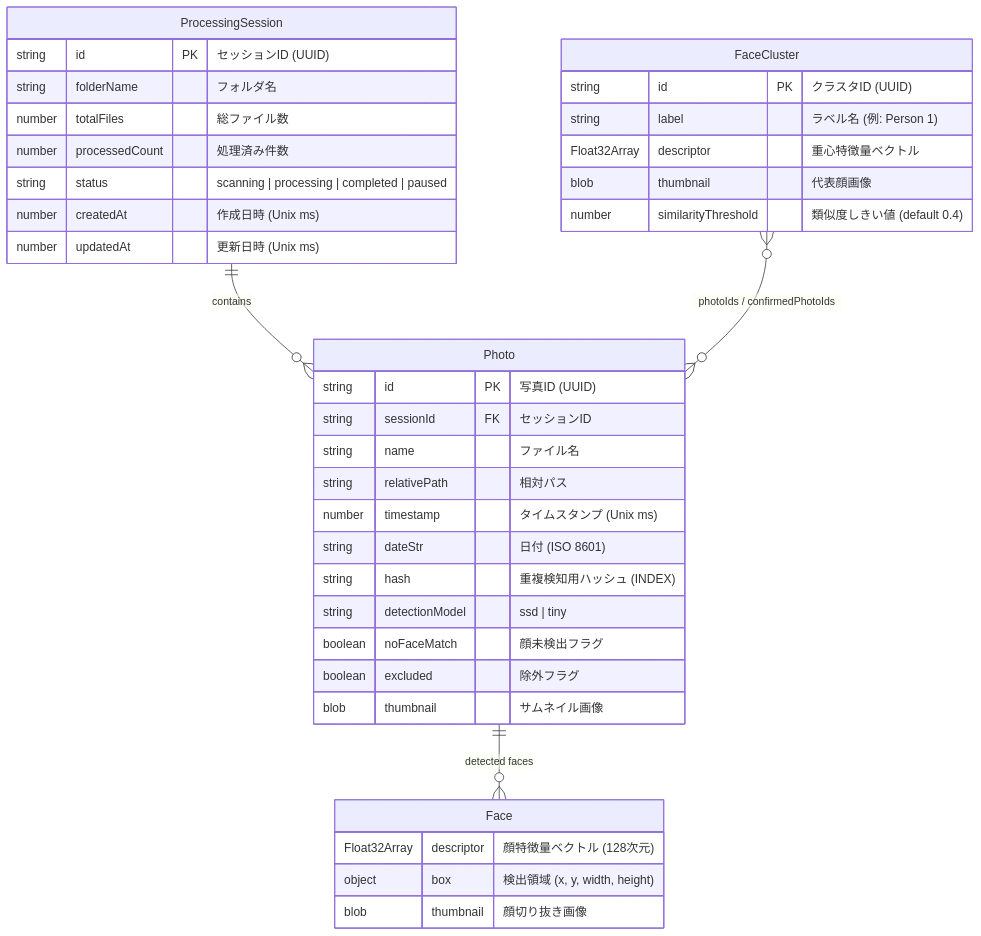
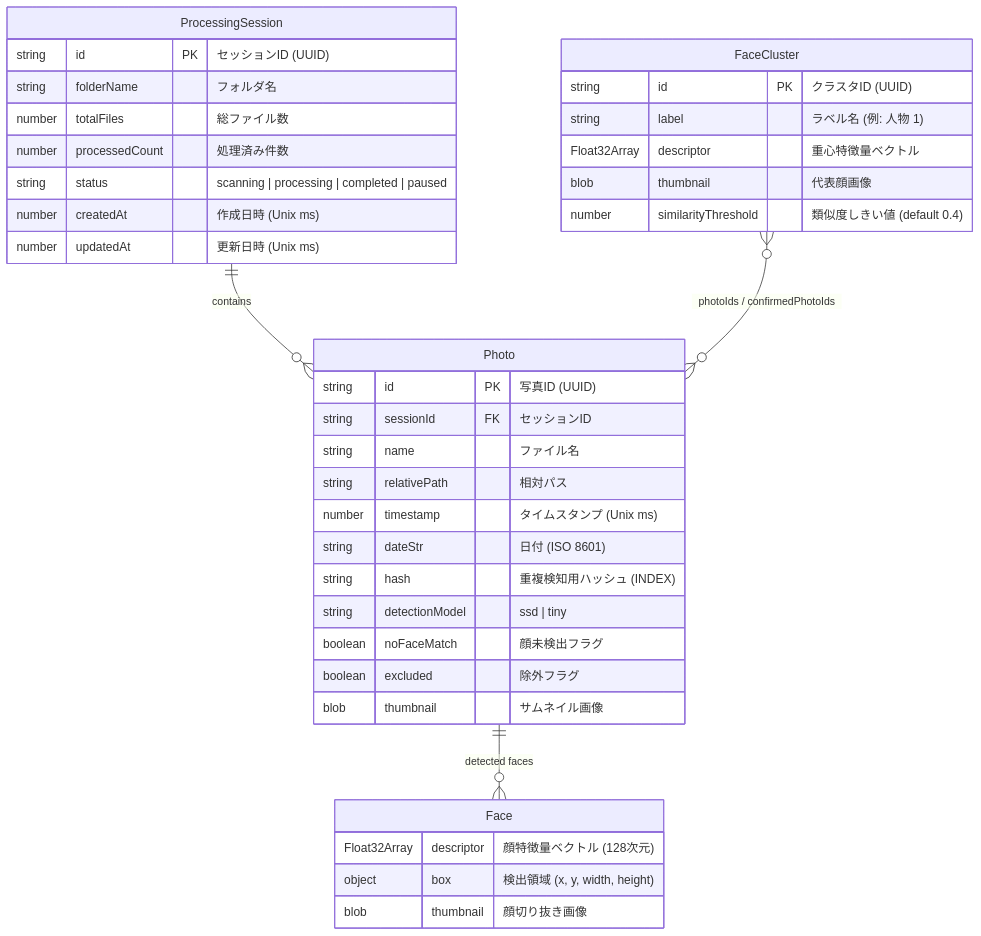
Before and after one commit to satra-11/unicorn-lax: the diagram in docs/05-er.md, drawn with Mermaid. The commit also changed 4 other files, not shown here.

````diff
--- a/docs/05-er.md
+++ b/docs/05-er.md
@@ -5,44 +5,44 @@
 ```mermaid
 erDiagram
     ProcessingSession {
         string id PK "セッションID (UUID)"
         string folderName "フォルダ名"
         number totalFiles "総ファイル数"
         number processedCount "処理済み件数"
         string status "scanning | processing | completed | paused"
         number createdAt "作成日時 (Unix ms)"
         number updatedAt "更新日時 (Unix ms)"
     }
 
     Photo {
         string id PK "写真ID (UUID)"
         string sessionId FK "セッションID"
         string name "ファイル名"
         string relativePath "相対パス"
         number timestamp "タイムスタンプ (Unix ms)"
         string dateStr "日付 (ISO 8601)"
         string hash "重複検知用ハッシュ (INDEX)"
         string detectionModel "ssd | tiny"
         boolean noFaceMatch "顔未検出フラグ"
         boolean excluded "除外フラグ"
         blob thumbnail "サムネイル画像"
     }
 
     Face {
         Float32Array descriptor "顔特徴量ベクトル (128次元)"
         object box "検出領域 (x, y, width, height)"
         blob thumbnail "顔切り抜き画像"
     }
 
     FaceCluster {
         string id PK "クラスタID (UUID)"
-        string label "ラベル名 (例: Person 1)"
+        string label "ラベル名 (例: 人物 1)"
         Float32Array descriptor "重心特徴量ベクトル"
         blob thumbnail "代表顔画像"
         number similarityThreshold "類似度しきい値 (default 0.4)"
     }
 
     ProcessingSession ||--o{ Photo : "contains"
     Photo ||--o{ Face : "detected faces"
     FaceCluster }o--o{ Photo : "photoIds / confirmedPhotoIds"
 ```
````
